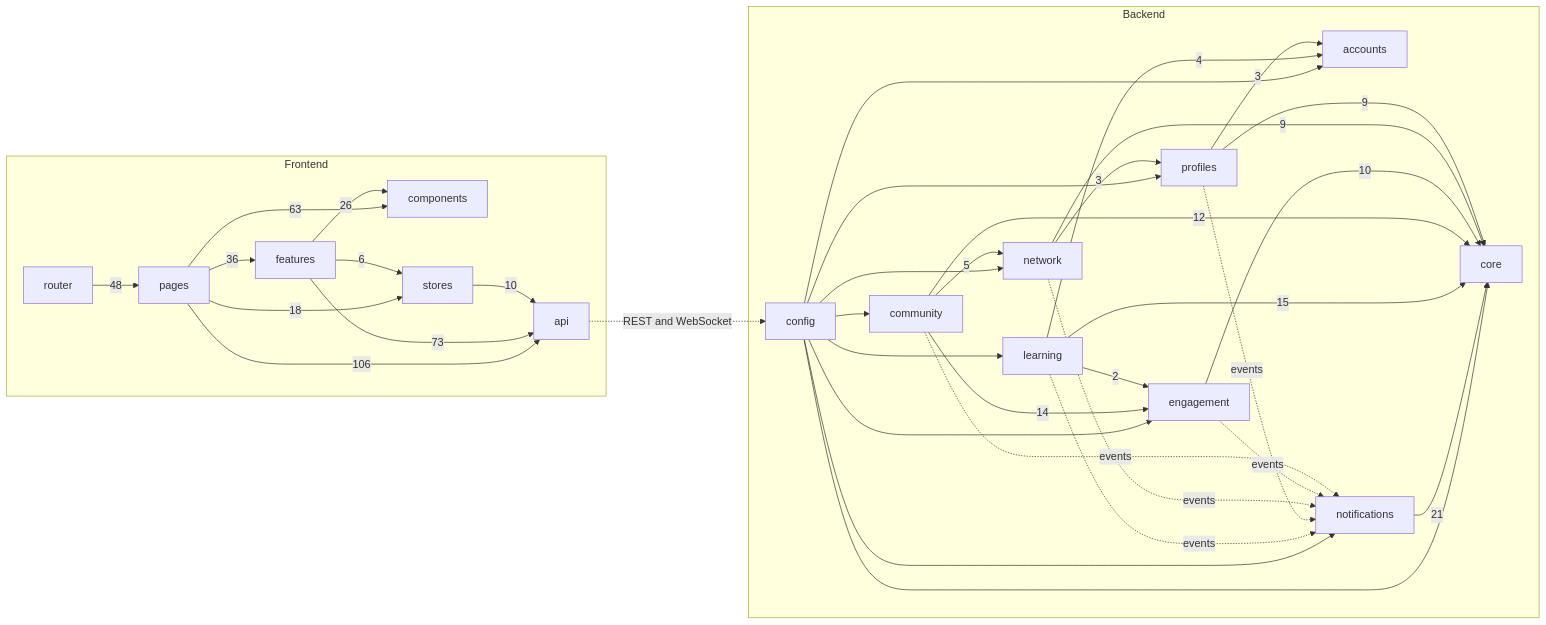
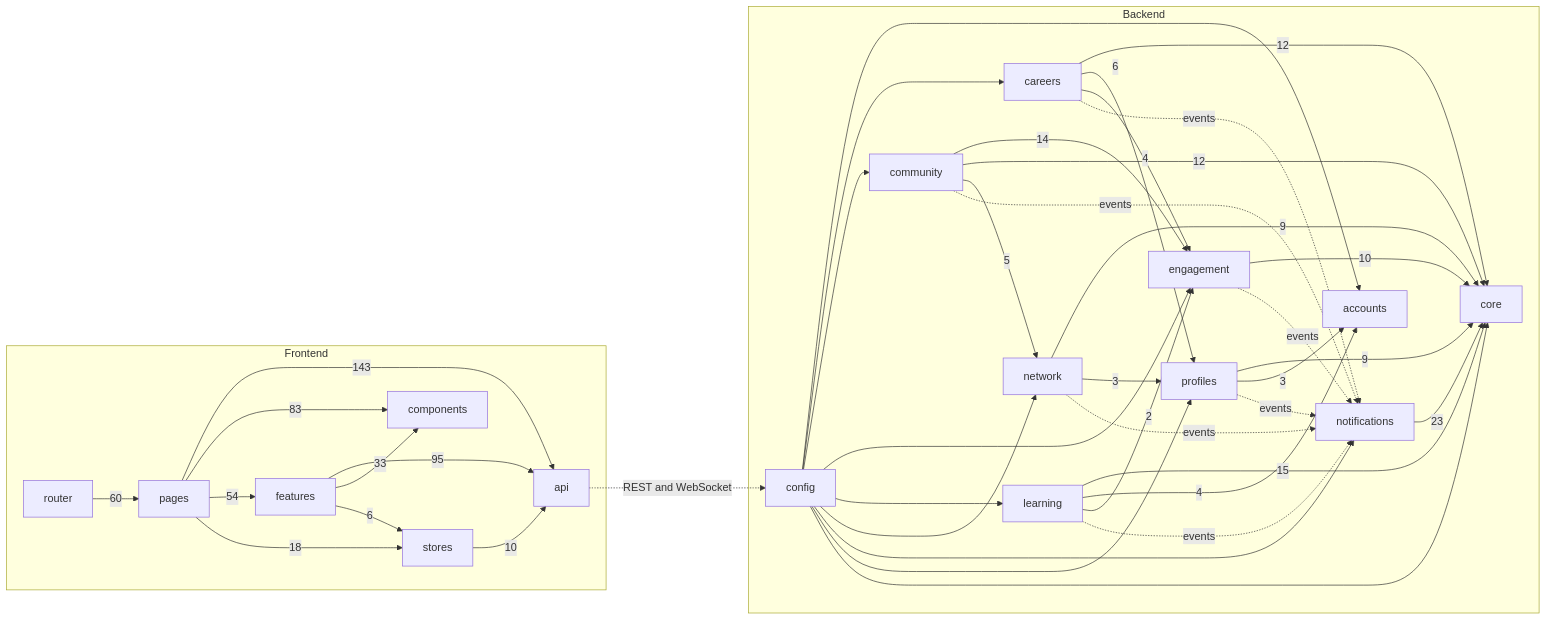
The diagram in README.md (AbdullahBakir97/Django--LMS--Learning-Management-System), drawn with Mermaid before and after one commit. The commit also changed other lines of this file and 41 other files, not shown here.

````diff
--- a/README.md
+++ b/README.md
@@ -32,35 +33,39 @@
 ```mermaid
 flowchart LR
   subgraph Backend
-    config --> accounts & community & engagement & learning & network & notifications & profiles & core
-    notifications -- 21 --> core
+    config --> accounts & careers & community & engagement & learning & network & notifications & profiles & core
+    notifications -- 23 --> core
     learning -- 15 --> core
     community -- 14 --> engagement
+    careers -- 12 --> core
     community -- 12 --> core
     engagement -- 10 --> core
     network -- 9 --> core
     profiles -- 9 --> core
+    careers -- 6 --> profiles
     community -- 5 --> network
     learning -- 4 --> accounts
+    careers -- 4 --> engagement
     profiles -- 3 --> accounts
     network -- 3 --> profiles
     learning -- 2 --> engagement
     learning -. events .-> notifications
     profiles -. events .-> notifications
     network -. events .-> notifications
     engagement -. events .-> notifications
     community -. events .-> notifications
+    careers -. events .-> notifications
   end
   subgraph Frontend
-    pages -- 106 --> api
-    features -- 73 --> api
-    pages -- 63 --> components
-    router -- 48 --> pages
-    pages -- 36 --> features
-    features -- 26 --> components
+    pages -- 143 --> api
+    features -- 95 --> api
+    pages -- 83 --> components
+    router -- 60 --> pages
+    pages -- 54 --> features
+    features -- 33 --> components
     pages -- 18 --> stores
     stores -- 10 --> api
     features -- 6 --> stores
   end
   api -. REST and WebSocket .-> config
 ```
````
